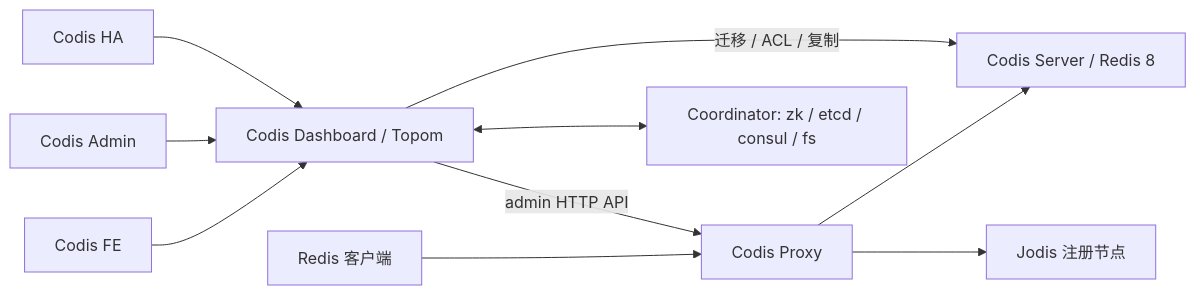
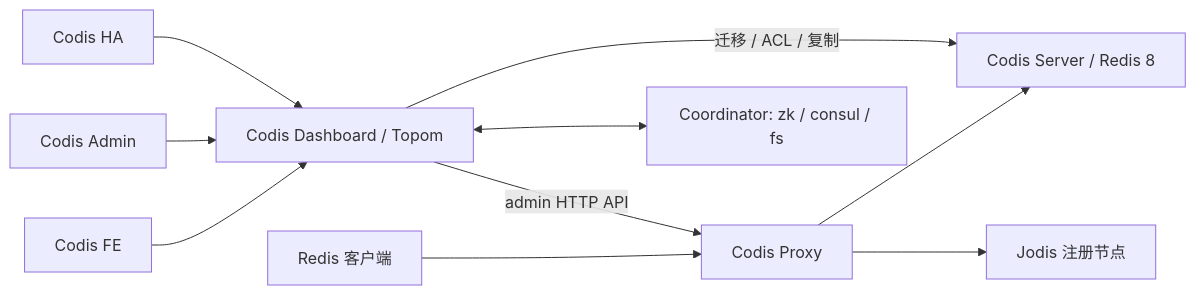
The diagram in doc/architecture_zh.md (realli07kkk/codis), drawn with Mermaid before and after one commit. The commit also changed other lines of this file and 54 other files, not shown here.

Commit message:
coordinator: remove etcd support

````diff
--- a/doc/architecture_zh.md
+++ b/doc/architecture_zh.md
@@ -31,12 +31,12 @@
 ```mermaid
 flowchart LR
   Client[Redis 客户端] --> Proxy[Codis Proxy]
   Proxy --> Server[Codis Server / Redis 8]
   Dashboard[Codis Dashboard / Topom] -->|admin HTTP API| Proxy
   Dashboard -->|迁移 / ACL / 复制| Server
-  Dashboard <--> Store[Coordinator: zk / etcd / consul / fs]
+  Dashboard <--> Store[Coordinator: zk / consul / fs]
   FE[Codis FE] --> Dashboard
   Admin[Codis Admin] --> Dashboard
   HA[Codis HA] --> Dashboard
   Proxy --> Jodis[Jodis 注册节点]
 ```
````
